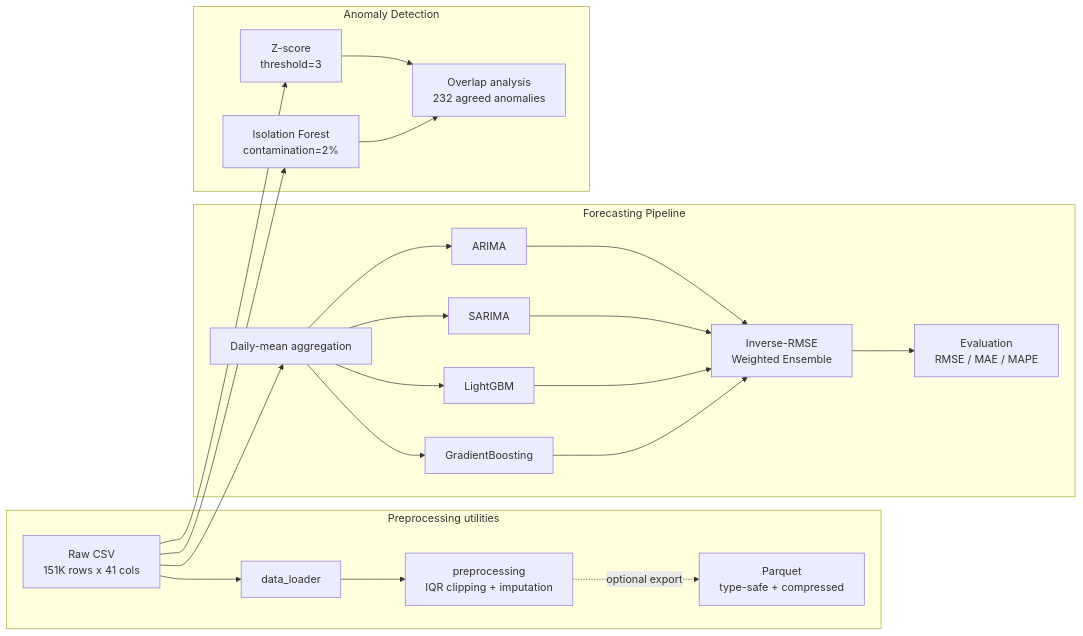
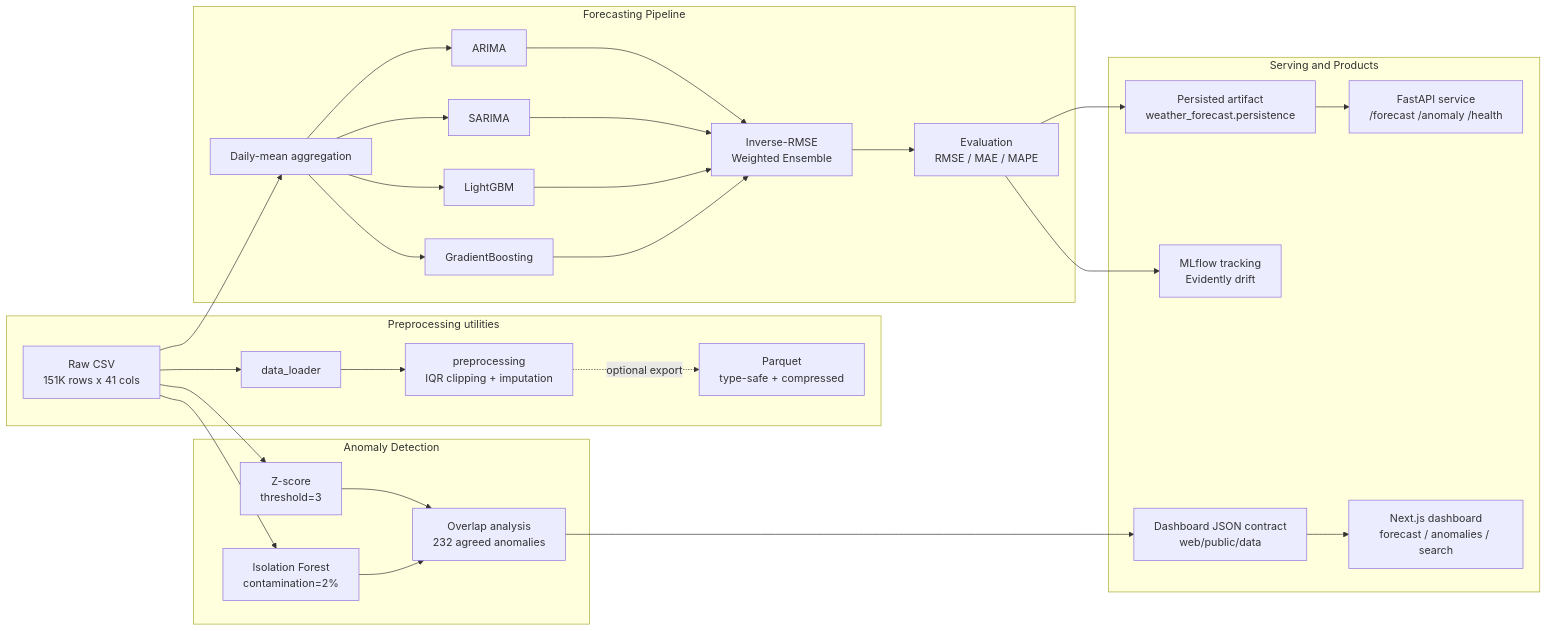
The diagram in README.md (LukeSantossz/weather-forecast), drawn with Mermaid before and after one commit. The commit also changed other lines of this file and 1 other file, not shown here.

````diff
--- a/README.md
+++ b/README.md
@@ -38,26 +42,34 @@
 ```mermaid
 flowchart LR
     A[Raw CSV\n151K rows x 41 cols]
 
     subgraph Preprocessing utilities
         A --> B[data_loader]
         B --> C[preprocessing\nIQR clipping + imputation]
         C -. optional export .-> D[Parquet\ntype-safe + compressed]
     end
 
     subgraph Forecasting Pipeline
         A --> E[Daily-mean aggregation]
         E --> F[ARIMA]
         E --> G[SARIMA]
         E --> H[LightGBM]
         E --> I[GradientBoosting]
         F & G & H & I --> J[Inverse-RMSE\nWeighted Ensemble]
         J --> K[Evaluation\nRMSE / MAE / MAPE]
     end
 
     subgraph Anomaly Detection
         A --> L[Z-score\nthreshold=3]
         A --> M[Isolation Forest\ncontamination=2%]
         L & M --> N[Overlap analysis\n232 agreed anomalies]
     end
+
+    subgraph Serving and Products
+        K --> P[Persisted artifact\nweather_forecast.persistence]
+        P --> Q[FastAPI service\n/forecast /anomaly /health]
+        K --> R[MLflow tracking\nEvidently drift]
+        N --> S[Dashboard JSON contract\nweb/public/data]
+        S --> T[Next.js dashboard\nforecast / anomalies / search]
+    end
 ```
````
